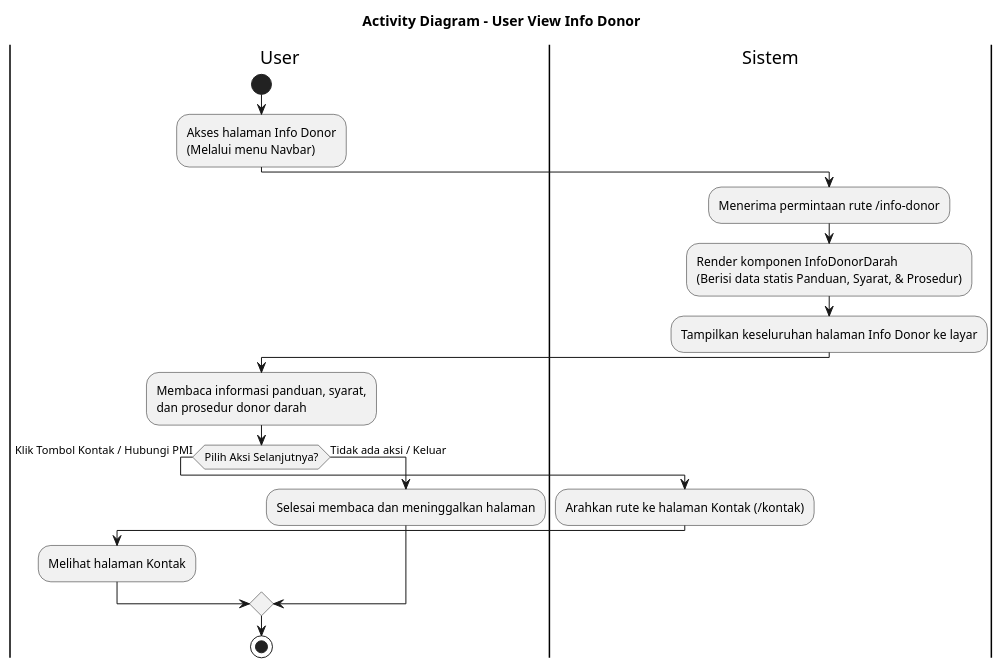
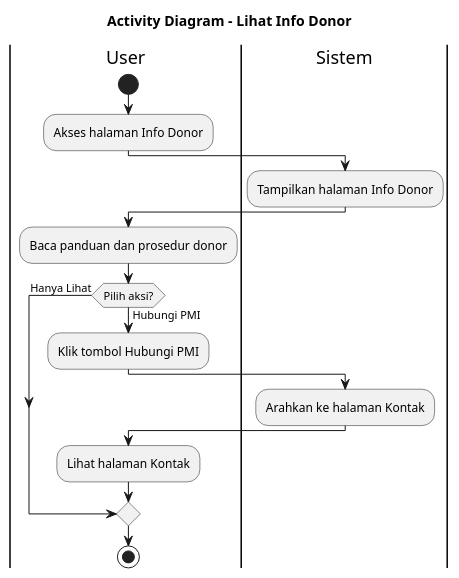
The diagram in diagram/activitydiagram_user_view_info_donor.puml (jaddu17/capstonepmikp), drawn with PlantUML before and after one commit. The commit also changed 15 other files, not shown here.

Commit message:
activity diagram user

```diff
--- a/diagram/activitydiagram_user_view_info_donor.puml
+++ b/diagram/activitydiagram_user_view_info_donor.puml
@@ -1,29 +1,30 @@
 @startuml ACTIVITY_DIAGRAM_USER_VIEW_INFO_DONOR
-title Activity Diagram - User View Info Donor
+title Activity Diagram - Lihat Info Donor
 
 |User|
 start
-:Akses halaman Info Donor\n(Melalui menu Navbar);
+:Akses halaman Info Donor;
 
 |Sistem|
-:Menerima permintaan rute /info-donor;
-:Render komponen InfoDonorDarah\n(Berisi data statis Panduan, Syarat, & Prosedur);
-:Tampilkan keseluruhan halaman Info Donor ke layar;
+:Tampilkan halaman Info Donor;
 
 |User|
-:Membaca informasi panduan, syarat,\ndan prosedur donor darah;
+:Baca panduan dan prosedur donor;
 
-if (Pilih Aksi Selanjutnya?) then (Klik Tombol Kontak / Hubungi PMI)
-  |Sistem|
-  :Arahkan rute ke halaman Kontak (/kontak);
-  |User|
-  :Melihat halaman Kontak;
-else (Tidak ada aksi / Keluar)
-  |User|
-  :Selesai membaca dan meninggalkan halaman;
+if (Pilih aksi?) then (Hubungi PMI)
+
+    :Klik tombol Hubungi PMI;
+
+    |Sistem|
+    :Arahkan ke halaman Kontak;
+
+    |User|
+    :Lihat halaman Kontak;
+
+else (Hanya Lihat)
+
 endif
 
 |User|
 stop
-
 @enduml
```
